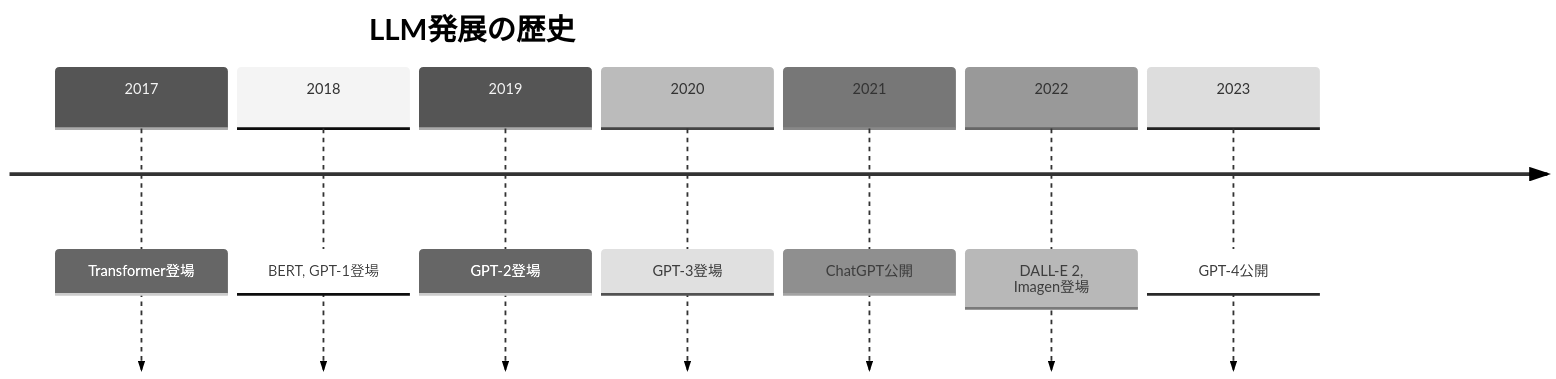
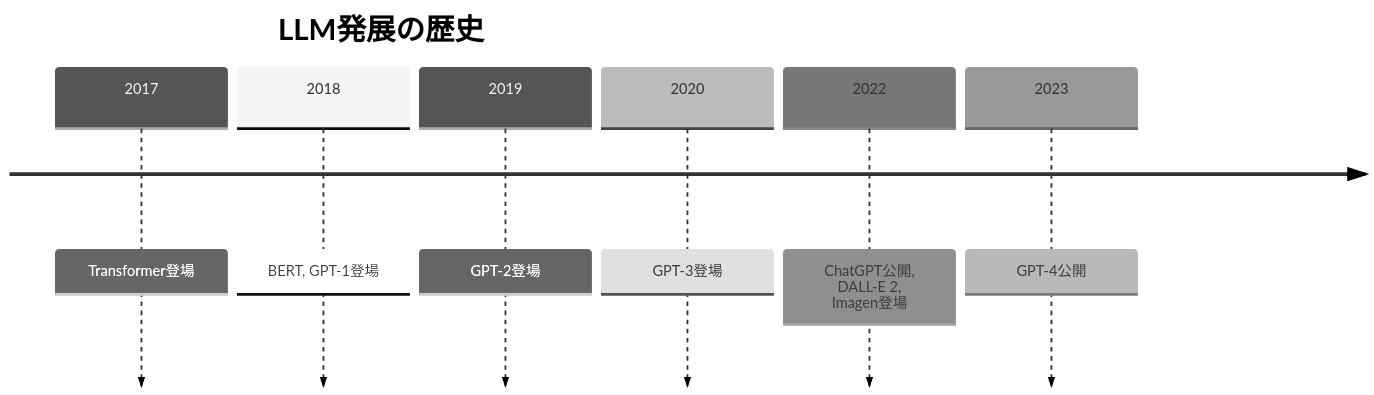
The second of 2 diagrams in README.md (SparklingDetergent/doc_genai_About_types_of_large-scale_language_models_LLM), drawn with Mermaid (neutral theme) before and after one commit. The commit also changed other lines of this file, not shown here.

````diff
--- a/README.md
+++ b/README.md
@@ -76,11 +75,10 @@
 ```mermaid
 timeline
     title LLM発展の歴史
     2017: Transformer登場
     2018: BERT, GPT-1登場
     2019: GPT-2登場
     2020: GPT-3登場
-    2021: ChatGPT公開
-    2022: DALL-E 2, Imagen登場
+    2022: ChatGPT公開, DALL-E 2, Imagen登場
     2023: GPT-4公開
 ```
````
